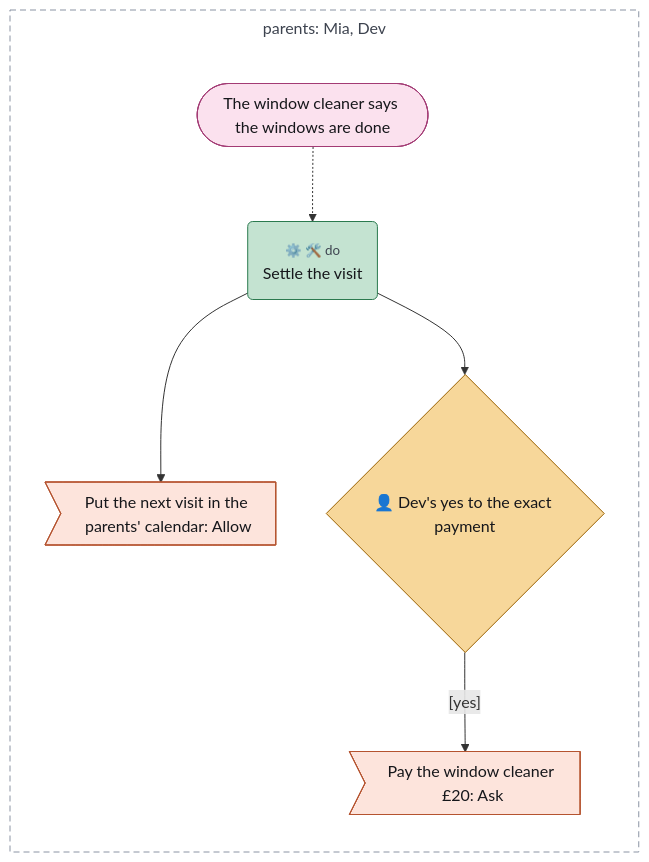
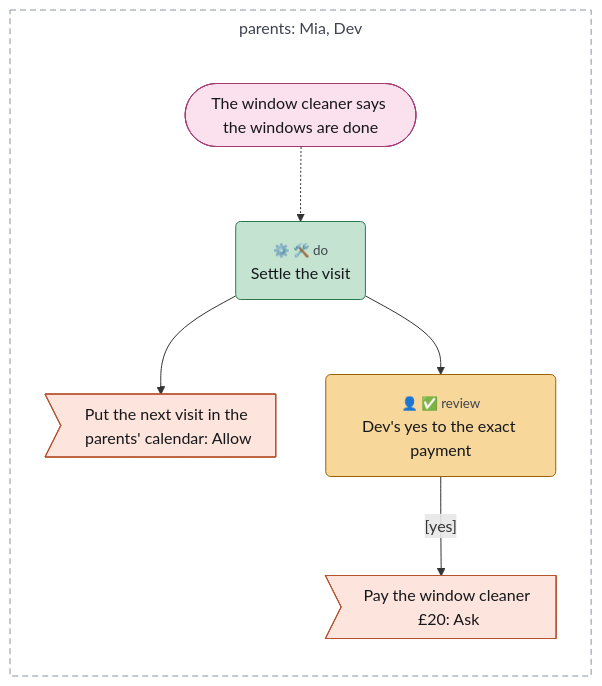
The diagram in examples/tour/11-do.mmd (chrismdp/awml), drawn with Mermaid before and after one commit. The commit also changed 19 other files, not shown here.

```diff
--- a/examples/tour/11-do.mmd
+++ b/examples/tour/11-do.mmd
@@ -1,38 +1,38 @@
 ---
 config:
   theme: default
   flowchart:
     useMaxWidth: false
     subGraphTitleMargin:
       top: 6
       bottom: 30
 ---
 flowchart TB
   subgraph parents["parents: Mia, Dev"]
     direction TB
     done(["The window cleaner says the windows are done"])
     settle("<small style='color:#3d434f'>⚙️ 🛠️ do</small><br>Settle the visit")
     book>"Put the next visit in the parents' calendar: Allow"]
-    approve{"👤 Dev's yes to the exact payment"}
+    approve("<small style='color:#3d434f'>👤 ✅ review</small><br>Dev's yes to the exact payment")
     pay>"Pay the window cleaner £20: Ask"]
   end
 
   done -.-> settle
   settle --> book
   settle --> approve
   approve -->|"[yes]"| pay
   classDef trig fill:#fbe1ee,stroke:#a33a74,color:#16171b
   classDef ctx fill:#e2eef9,stroke:#3d6fa3,color:#16171b
   classDef con fill:#eceef2,stroke:#5d6472,color:#16171b
   classDef surf fill:#ffffff,stroke:#2a2d35,stroke-width:1.5px,color:#16171b
   classDef out fill:#fde4dc,stroke:#b5532f,color:#16171b
   classDef ai fill:#cdd3fb,stroke:#3b4bb0,color:#16171b
   classDef rule fill:#c4e3d1,stroke:#2b7a4f,color:#16171b
   classDef human fill:#f7d79a,stroke:#9a6100,color:#16171b
   classDef uml fill:#16171b,stroke:#16171b,color:#16171b
   classDef gap fill:#ffffff,stroke:#8a93a3,stroke-dasharray:4 3,color:#6b7280
   class done trig
   class book,pay out
   class settle rule
   class approve human
   style parents fill:transparent,stroke:#8a93a3,stroke-dasharray:6 4,color:#3d434f
```
